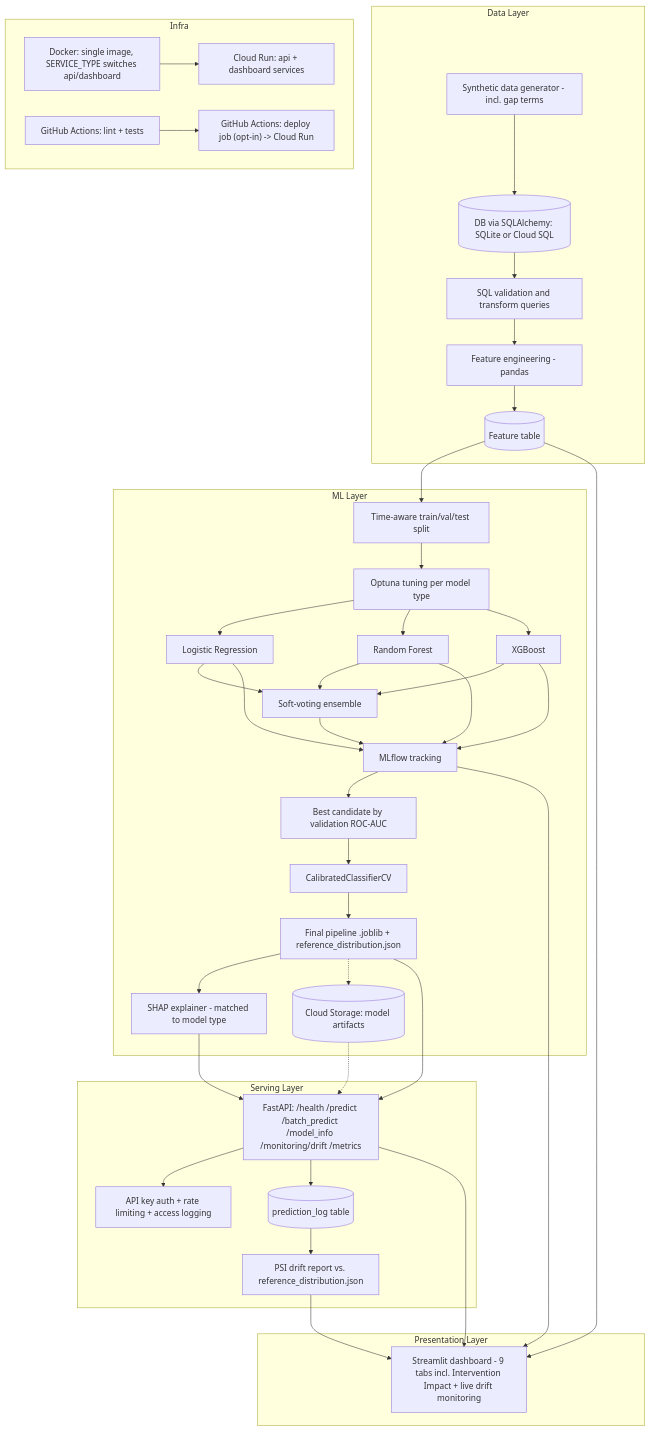
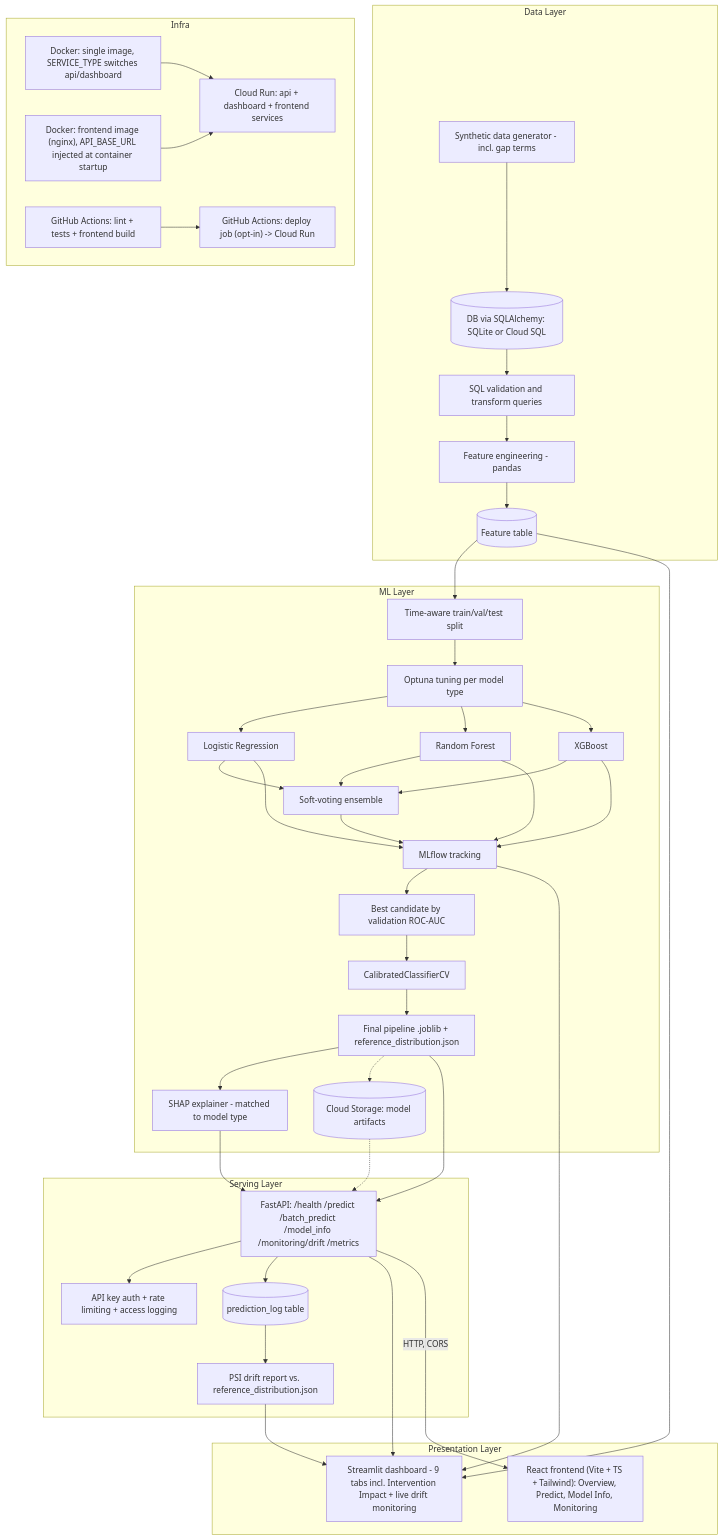
One commit to riyap3111/student-journey-intelligence-engine changed the diagram in docs/architecture.md. Above: the diagram before and after it, drawn with Mermaid. The commit also changed other lines of this file and 42 other files, not shown here.

````diff
--- a/docs/architecture.md
+++ b/docs/architecture.md
@@ -3,54 +3,57 @@
 ```mermaid
 flowchart TB
     subgraph DataLayer["Data Layer"]
         A[Synthetic data generator - incl. gap terms] --> B[(DB via SQLAlchemy: SQLite or Cloud SQL)]
         B --> C[SQL validation and transform queries]
         C --> D[Feature engineering - pandas]
         D --> E[(Feature table)]
     end
 
     subgraph MLLayer["ML Layer"]
         E --> F[Time-aware train/val/test split]
         F --> F2[Optuna tuning per model type]
         F2 --> G[Logistic Regression]
         F2 --> H[Random Forest]
         F2 --> I[XGBoost]
         G --> G2[Soft-voting ensemble]
         H --> G2
         I --> G2
         G --> J[MLflow tracking]
         H --> J
         I --> J
         G2 --> J
         J --> K2[Best candidate by validation ROC-AUC]
         K2 --> K3[CalibratedClassifierCV]
         K3 --> K[Final pipeline .joblib + reference_distribution.json]
         K --> L[SHAP explainer - matched to model type]
         K -.-> GCS[(Cloud Storage: model artifacts)]
     end
 
     subgraph ServingLayer["Serving Layer"]
         K --> M["FastAPI: /health /predict /batch_predict /model_info /monitoring/drift /metrics"]
         L --> M
         GCS -.-> M
         M --> M2[API key auth + rate limiting + access logging]
         M --> M3[(prediction_log table)]
         M3 --> M4[PSI drift report vs. reference_distribution.json]
     end
 
     subgraph PresentationLayer["Presentation Layer"]
         M --> N[Streamlit dashboard - 9 tabs incl. Intervention Impact + live drift monitoring]
         E --> N
         J --> N
         M4 --> N
+        M -->|HTTP, CORS| N2["React frontend (Vite + TS + Tailwind): Overview, Predict, Model Info, Monitoring"]
     end
 
     subgraph Infra["Infra"]
         O[Docker: single image, SERVICE_TYPE switches api/dashboard]
-        P[GitHub Actions: lint + tests]
+        O2["Docker: frontend image (nginx), API_BASE_URL injected at container startup"]
+        P[GitHub Actions: lint + tests + frontend build]
         Q["GitHub Actions: deploy job (opt-in) -> Cloud Run"]
-        R[Cloud Run: api + dashboard services]
+        R[Cloud Run: api + dashboard + frontend services]
         O --> R
+        O2 --> R
         P --> Q
     end
 ```
````
